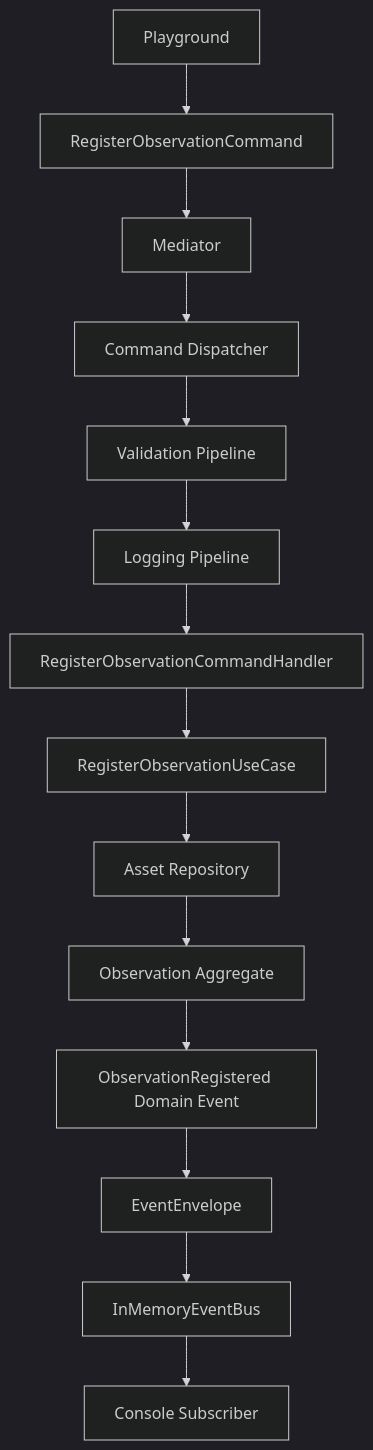
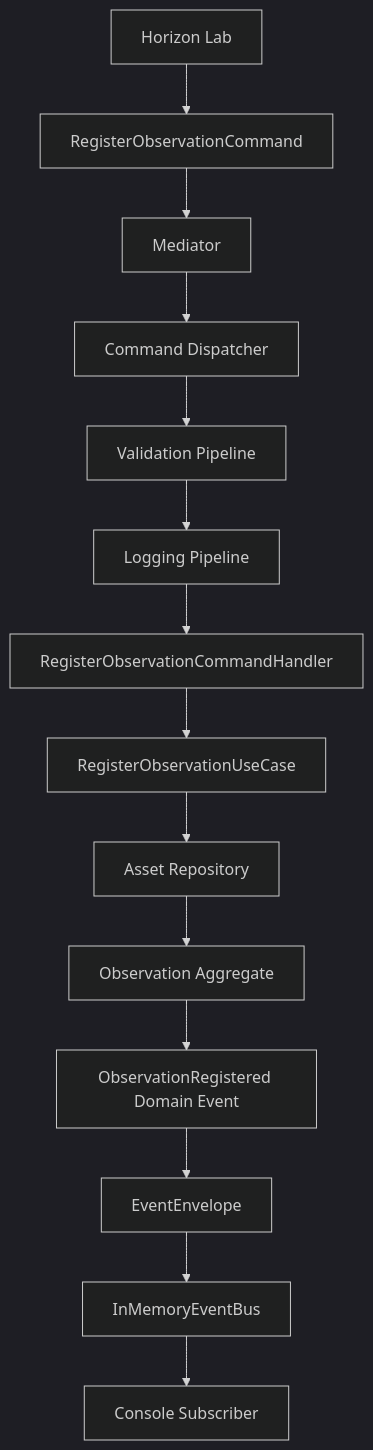
The second of 2 diagrams in docs/specifications/SPEC-0002-APPLICATION-LAYER.md (jdrpires/Horizon), drawn with Mermaid (dark theme) before and after one commit. The commit also changed other lines of this file and 51 other files, not shown here.

````diff
--- a/docs/specifications/SPEC-0002-APPLICATION-LAYER.md
+++ b/docs/specifications/SPEC-0002-APPLICATION-LAYER.md
@@ -68,16 +68,16 @@
 ```mermaid
 flowchart TD
-    P["Playground"] --> C["RegisterObservationCommand"]
+    P["Horizon Lab"] --> C["RegisterObservationCommand"]
     C --> M["Mediator"]
     M --> D["Command Dispatcher"]
     D --> VP["Validation Pipeline"]
     VP --> LP["Logging Pipeline"]
     LP --> H["RegisterObservationCommandHandler"]
     H --> U["RegisterObservationUseCase"]
     U --> R["Asset Repository"]
     R --> O["Observation Aggregate"]
     O --> E["ObservationRegistered Domain Event"]
     E --> X["EventEnvelope"]
     X --> B["InMemoryEventBus"]
     B --> Console["Console Subscriber"]
 ```
````
